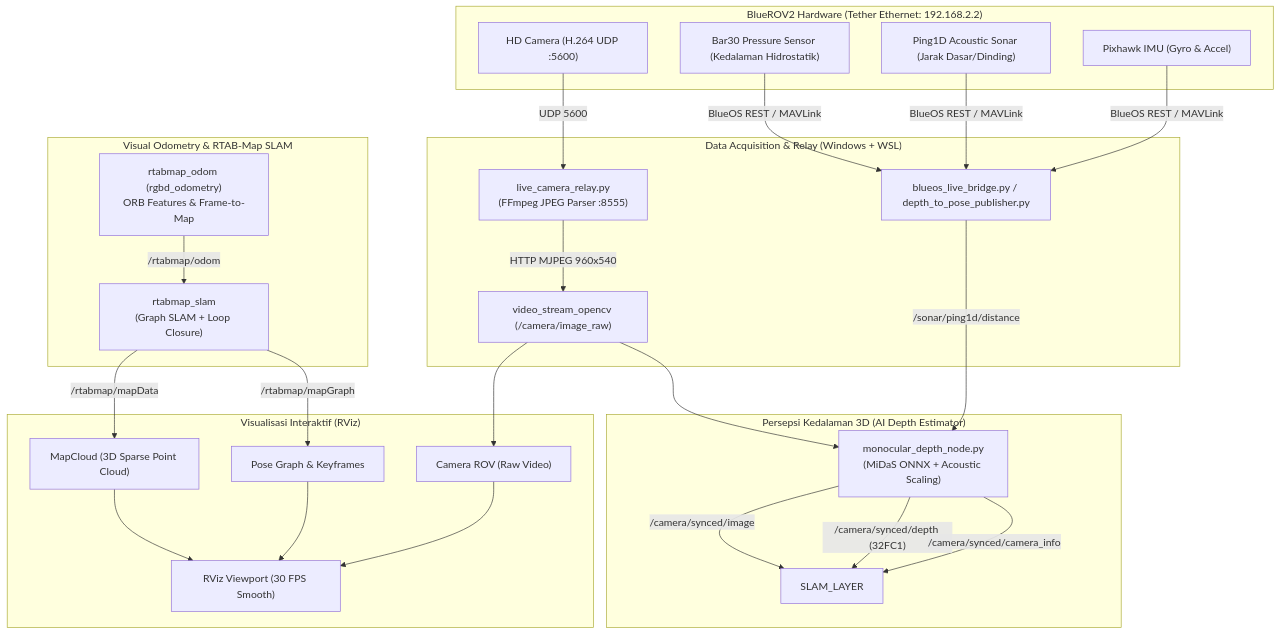
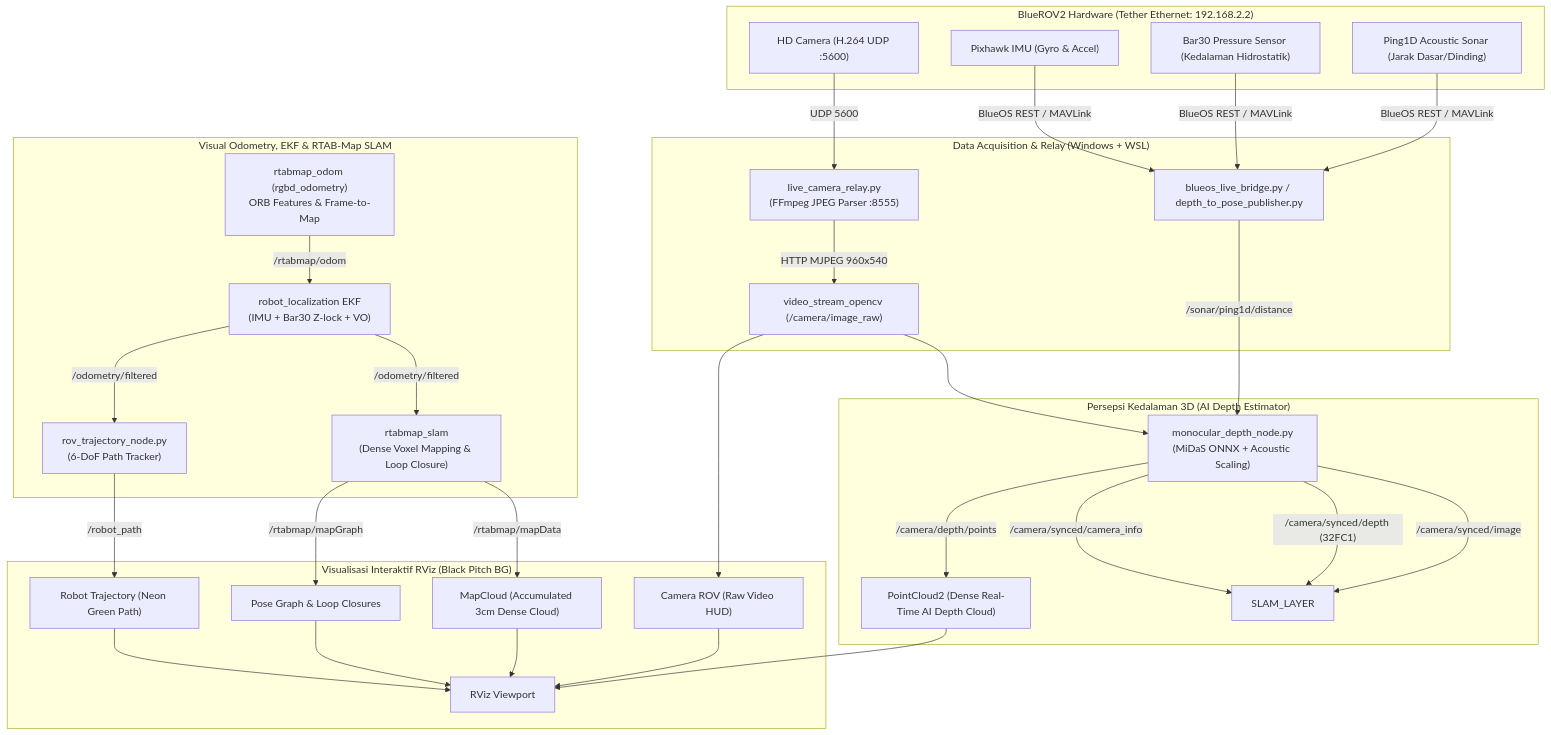
Before and after one commit to Fadzkal/slam3drov: the diagram in README.md, drawn with Mermaid. The commit also changed other lines of this file and 1 other file, not shown here.

Commit message:
docs: update comprehensive system guide with EgoExo++, dense PointCloud2, 3cm voxel mapping, and SLAM stability fixes

````diff
--- a/README.md
+++ b/README.md
@@ -10,38 +10,46 @@
 ```mermaid
 graph TD
     subgraph Hardware["BlueROV2 Hardware (Tether Ethernet: 192.168.2.2)"]
         CAM["HD Camera (H.264 UDP :5600)"]
         IMU["Pixhawk IMU (Gyro & Accel)"]
         BAR["Bar30 Pressure Sensor (Kedalaman Hidrostatik)"]
         PING["Ping1D Acoustic Sonar (Jarak Dasar/Dinding)"]
     end
 
     subgraph Acquisition["Data Acquisition & Relay (Windows + WSL)"]
         CAM -->|"UDP 5600"| RELAY["live_camera_relay.py<br/>(FFmpeg JPEG Parser :8555)"]
         RELAY -->|"HTTP MJPEG 960x540"| VID["video_stream_opencv (/camera/image_raw)"]
         BAR & PING & IMU -->|"BlueOS REST / MAVLink"| BRIDGE["blueos_live_bridge.py / depth_to_pose_publisher.py"]
     end
 
     subgraph Perception["Persepsi Kedalaman 3D (AI Depth Estimator)"]
         VID --> MIDAS["monocular_depth_node.py<br/>(MiDaS ONNX + Acoustic Scaling)"]
         BRIDGE -->|"/sonar/ping1d/distance"| MIDAS
         MIDAS -->|"/camera/synced/image"| SLAM_LAYER
         MIDAS -->|"/camera/synced/depth (32FC1)"| SLAM_LAYER
         MIDAS -->|"/camera/synced/camera_info"| SLAM_LAYER
+        MIDAS -->|"/camera/depth/points"| POINTCLOUD2["PointCloud2 (Dense Real-Time AI Depth Cloud)"]
     end
 
-    subgraph SLAM_Layer["Visual Odometry & RTAB-Map SLAM"]
+    subgraph SLAM_Layer["Visual Odometry, EKF & RTAB-Map SLAM"]
         VO["rtabmap_odom (rgbd_odometry)<br/>ORB Features & Frame-to-Map"]
-        SLAM["rtabmap_slam<br/>(Graph SLAM + Loop Closure)"]
-        VO -->|"/rtabmap/odom"| SLAM
+        EKF["robot_localization EKF<br/>(IMU + Bar30 Z-lock + VO)"]
+        SLAM["rtabmap_slam<br/>(Dense Voxel Mapping & Loop Closure)"]
+        TRACKER["rov_trajectory_node.py<br/>(6-DoF Path Tracker)"]
+        VO -->|"/rtabmap/odom"| EKF
+        EKF -->|"/odometry/filtered"| SLAM
+        EKF -->|"/odometry/filtered"| TRACKER
     end
 
-    subgraph Viz["Visualisasi Interaktif (RViz)"]
-        SLAM -->|"/rtabmap/mapData"| MAPCLOUD["MapCloud (3D Sparse Point Cloud)"]
-        SLAM -->|"/rtabmap/mapGraph"| GRAPH["Pose Graph & Keyframes"]
-        VID --> IMG["Camera ROV (Raw Video)"]
-        MAPCLOUD --> RVIZ["RViz Viewport (30 FPS Smooth)"]
+    subgraph Viz["Visualisasi Interaktif RViz (Black Pitch BG)"]
+        POINTCLOUD2 --> RVIZ["RViz Viewport"]
+        SLAM -->|"/rtabmap/mapData"| MAPCLOUD["MapCloud (Accumulated 3cm Dense Cloud)"]
+        SLAM -->|"/rtabmap/mapGraph"| GRAPH["Pose Graph & Loop Closures"]
+        TRACKER -->|"/robot_path"| TRAJ["Robot Trajectory (Neon Green Path)"]
+        VID --> IMG["Camera ROV (Raw Video HUD)"]
+        MAPCLOUD --> RVIZ
         GRAPH --> RVIZ
+        TRAJ --> RVIZ
         IMG --> RVIZ
     end
 ```
````
